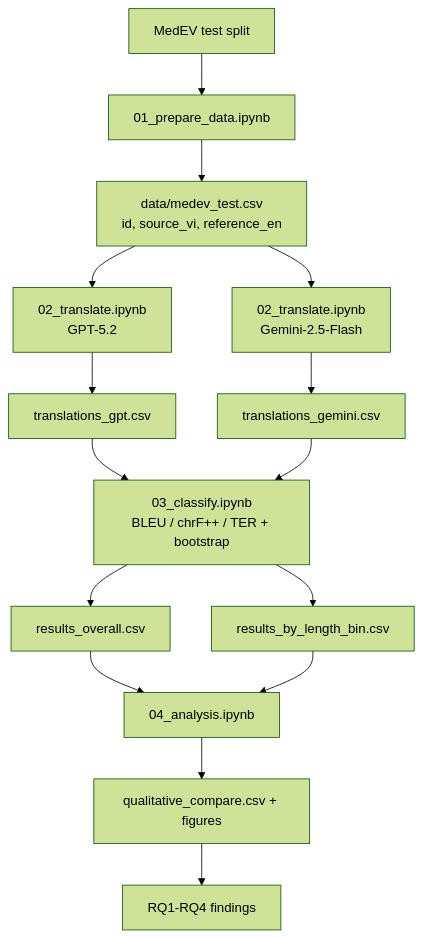
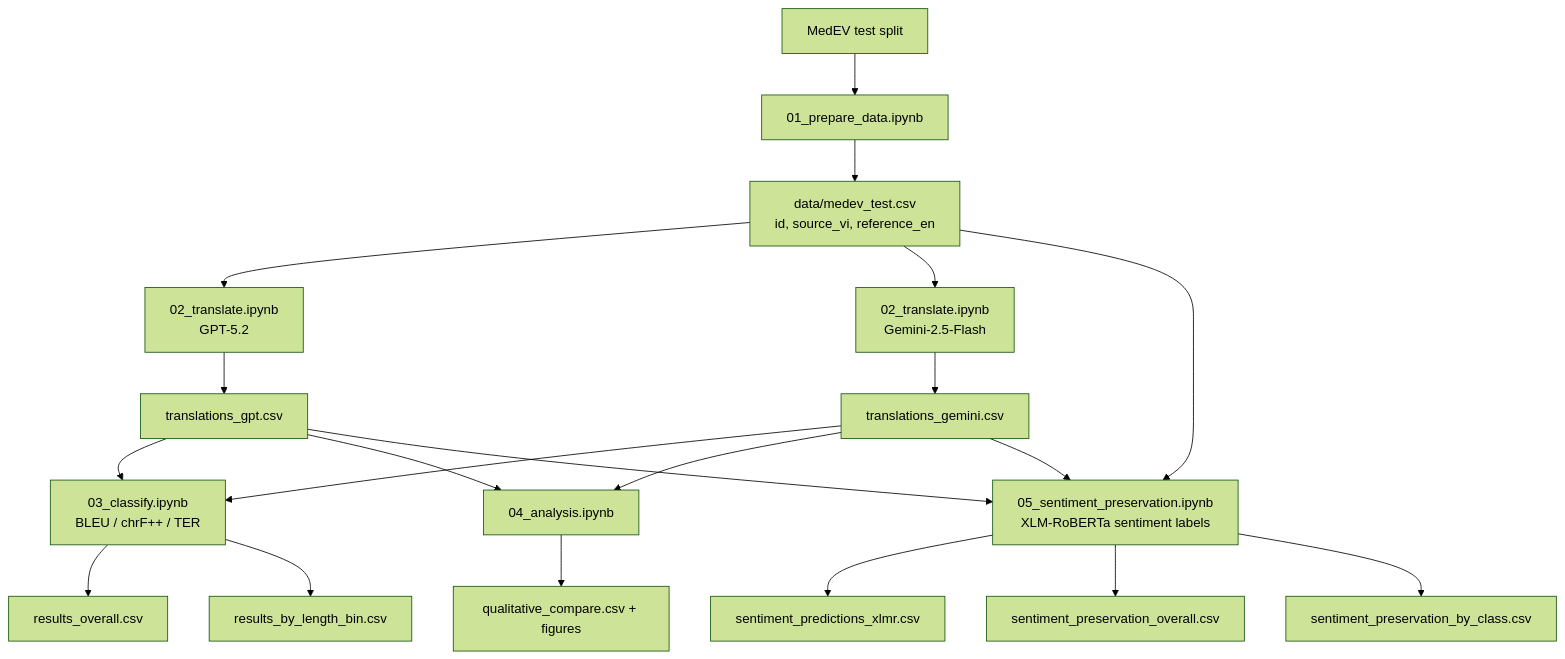
The diagram in README.md (dApY3112/Sentiment-Comparison), drawn with Mermaid (forest theme) before and after one commit. The commit also changed other lines of this file and 1 other file, not shown here.

````diff
--- a/README.md
+++ b/README.md
@@ -123,23 +134,27 @@
 ```mermaid
 flowchart TD
   A[MedEV test split] --> B[01_prepare_data.ipynb]
   B --> C[data/medev_test.csv<br/>id, source_vi, reference_en]
 
   C --> D1[02_translate.ipynb<br/>GPT-5.2]
   C --> D2[02_translate.ipynb<br/>Gemini-2.5-Flash]
 
   D1 --> E1[translations_gpt.csv]
   D2 --> E2[translations_gemini.csv]
 
-  E1 --> F[03_classify.ipynb<br/>BLEU / chrF++ / TER + bootstrap]
+  E1 --> F[03_classify.ipynb<br/>BLEU / chrF++ / TER]
   E2 --> F
-
   F --> G1[results_overall.csv]
   F --> G2[results_by_length_bin.csv]
 
-  G1 --> H[04_analysis.ipynb]
-  G2 --> H
+  E1 --> H[04_analysis.ipynb]
+  E2 --> H
   H --> I[qualitative_compare.csv + figures]
 
-  I --> J[RQ1-RQ4 findings]
+  C --> J[05_sentiment_preservation.ipynb<br/>XLM-RoBERTa sentiment labels]
+  E1 --> J
+  E2 --> J
+  J --> K1[sentiment_predictions_xlmr.csv]
+  J --> K2[sentiment_preservation_overall.csv]
+  J --> K3[sentiment_preservation_by_class.csv]
 ```
````
